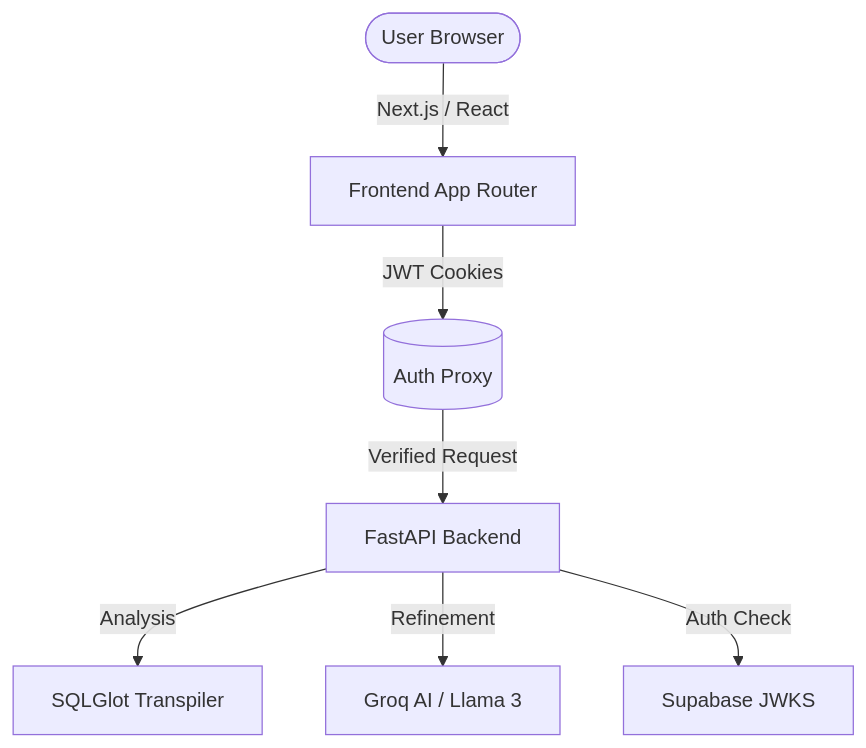
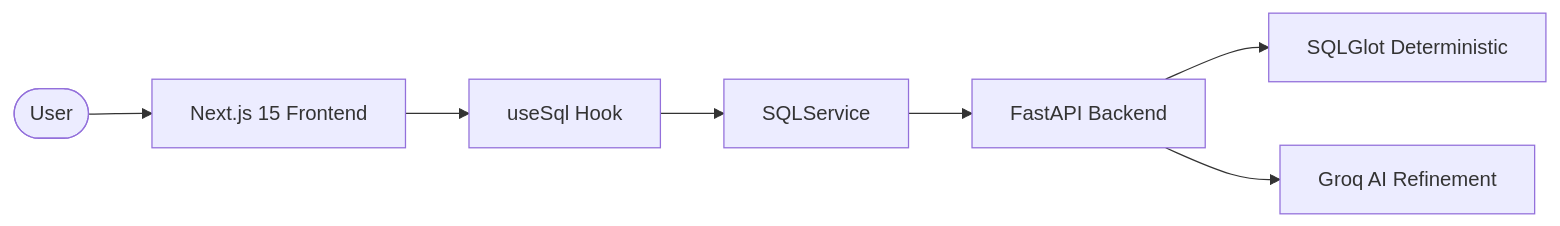
One commit to akm07dev/sql-agnostic changed the diagram in README.md. Above: the diagram before and after it, drawn with Mermaid. The commit also changed other lines of this file and 5 other files, not shown here.

````diff
--- a/README.md
+++ b/README.md
@@ -25,9 +29,9 @@
 ```mermaid
-graph TD
-    User([User Browser]) -- Next.js / React --> FE[Frontend App Router]
-    FE -- JWT Cookies --> Proxy[(Auth Proxy)]
-    Proxy -- Verified Request --> API[FastAPI Backend]
-    API -- Analysis --> SQLGlot[SQLGlot Transpiler]
-    API -- Refinement --> Groq[Groq AI / Llama 3]
-    API -- Auth Check --> Supabase[Supabase JWKS]
+graph LR
+    User([User]) --> NextJS[Next.js 15 Frontend]
+    NextJS --> Hook[useSql Hook]
+    Hook --> Service[SQLService]
+    Service --> API[FastAPI Backend]
+    API --> SQLGlot[SQLGlot Deterministic]
+    API --> Groq[Groq AI Refinement]
 ```
````
